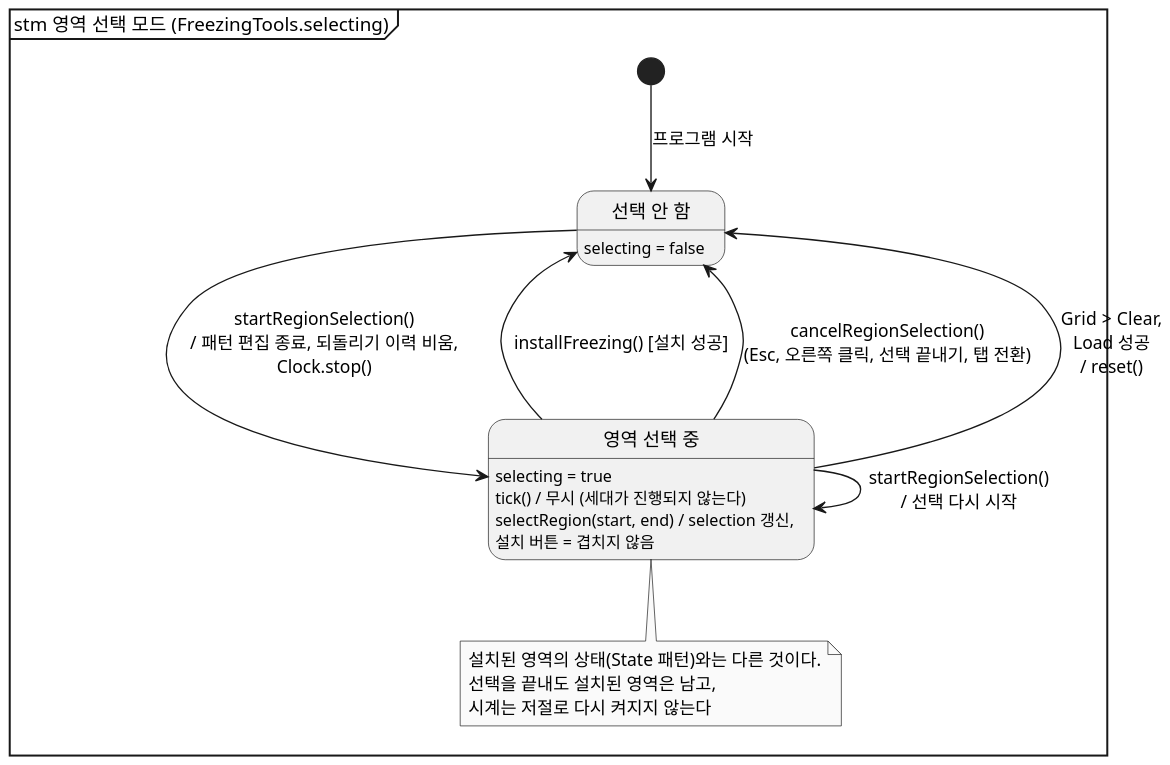
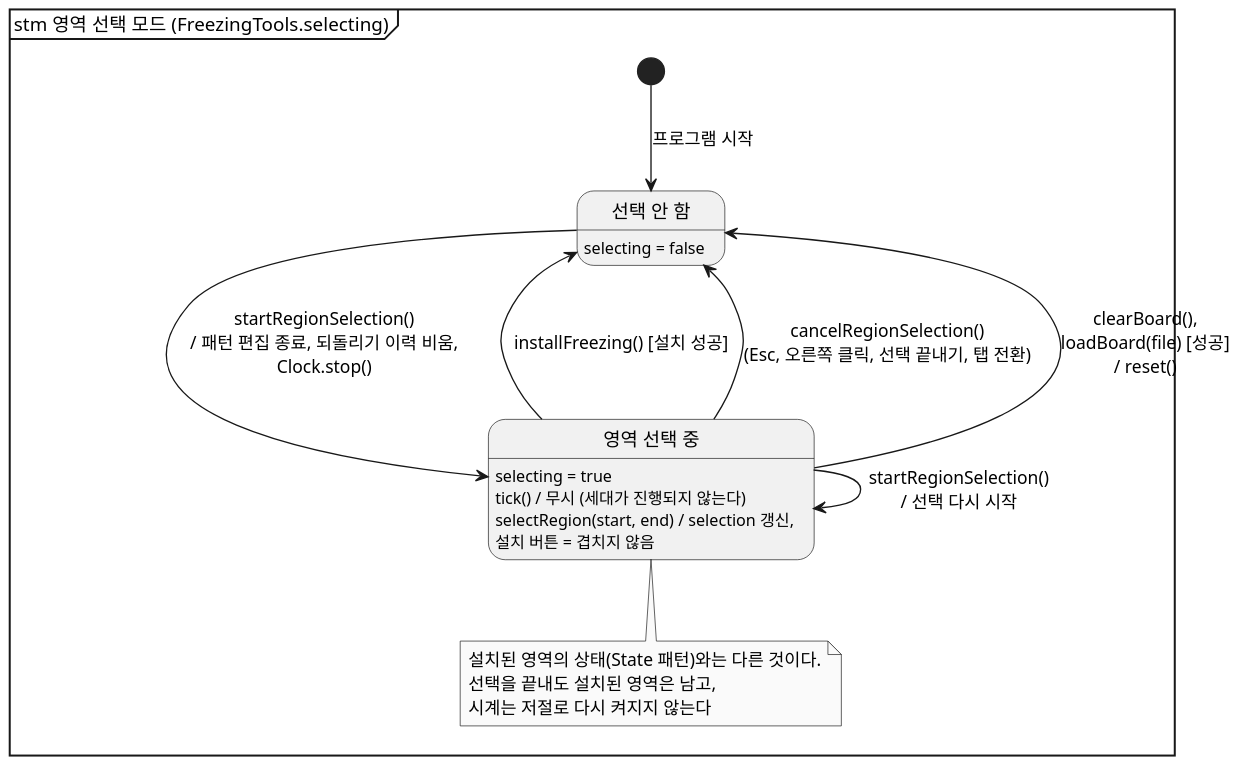
The diagram in docs/freezing/diagram/state-selection.puml (mckimR1972/DP_team_project), drawn with PlantUML before and after one commit. The commit also changed 28 other files, not shown here.

First line of the commit message:
docs: Freezing 유스케이스를 전체 유스케이스 다이어그램에 맞춤

```diff
--- a/docs/freezing/diagram/state-selection.puml
+++ b/docs/freezing/diagram/state-selection.puml
@@ -1,31 +1,31 @@
 @startuml state-selection
 skinparam monochrome true
 skinparam dpi 150
 skinparam shadowing false
 skinparam defaultFontName "Malgun Gothic"
 hide empty description
 mainframe stm 영역 선택 모드 (FreezingTools.selecting)
 
 state "선택 안 함" as Idle
 Idle : selecting = false
 
 state "영역 선택 중" as Selecting
 Selecting : selecting = true
 Selecting : tick() / 무시 (세대가 진행되지 않는다)
 Selecting : selectRegion(start, end) / selection 갱신,
 Selecting : 설치 버튼 = 겹치지 않음
 
 [*] --> Idle : 프로그램 시작
 
 Idle --> Selecting : startRegionSelection()\n/ 패턴 편집 종료, 되돌리기 이력 비움,\nClock.stop()
 Selecting --> Selecting : startRegionSelection()\n/ 선택 다시 시작
 Selecting --> Idle : installFreezing() [설치 성공]
 Selecting --> Idle : cancelRegionSelection()\n(Esc, 오른쪽 클릭, 선택 끝내기, 탭 전환)
-Selecting --> Idle : Grid > Clear,\nLoad 성공\n/ reset()
+Selecting --> Idle : clearBoard(),\nloadBoard(file) [성공]\n/ reset()
 
 note bottom of Selecting
   설치된 영역의 상태(State 패턴)와는 다른 것이다.
   선택을 끝내도 설치된 영역은 남고,
   시계는 저절로 다시 켜지지 않는다
 end note
 @enduml
```
